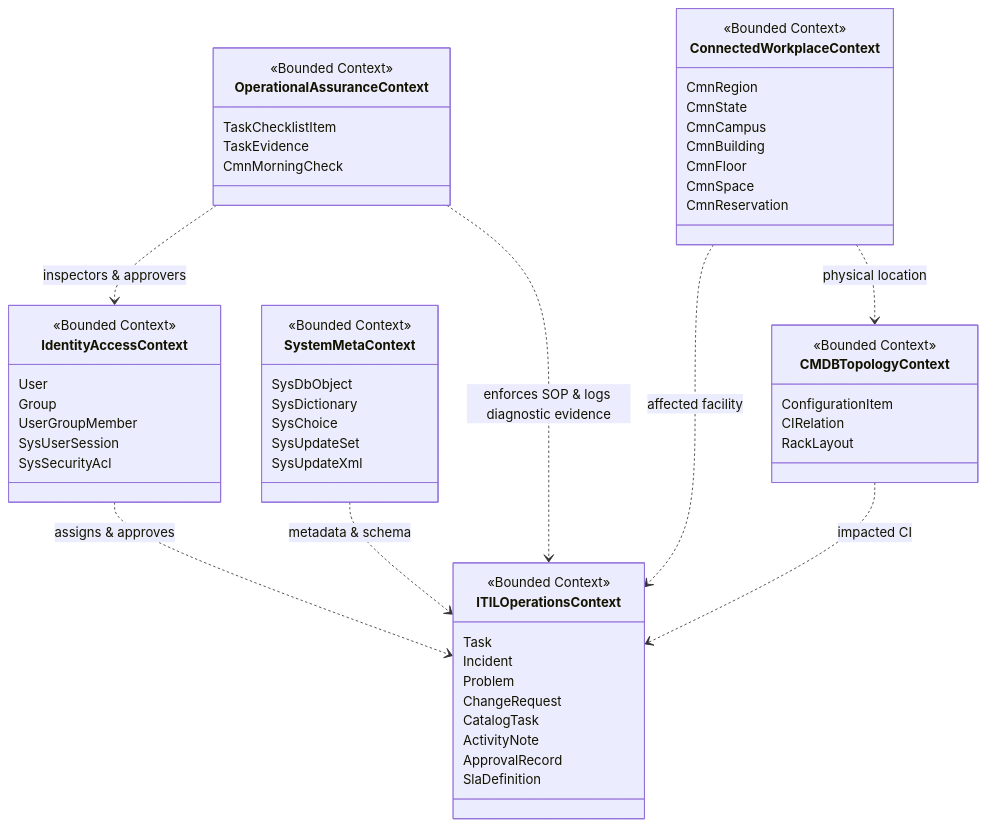
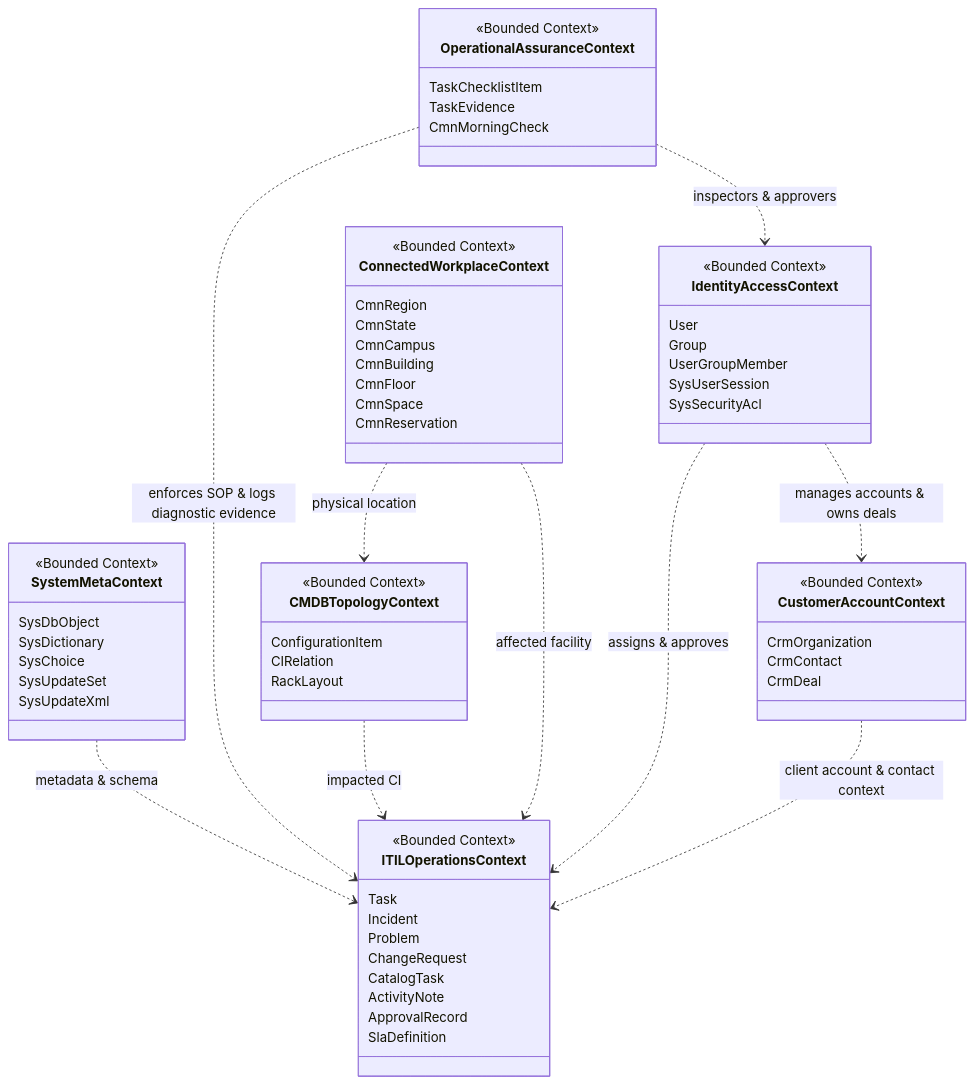
The second of 2 diagrams in DOKUMENTASI.md (oleh11/servicemeow), drawn with Mermaid before and after one commit. The commit also changed other lines of this file and 19 other files, not shown here.

Commit message:
feat: implement CRM customer 360, AI smart response drafting, load-balancing assignment, and change risk scoring

````diff
--- a/DOKUMENTASI.md
+++ b/DOKUMENTASI.md
@@ -48,61 +50,70 @@
 ```mermaid
 classDiagram
     class SystemMetaContext {
         <<Bounded Context>>
         SysDbObject
         SysDictionary
         SysChoice
         SysUpdateSet
         SysUpdateXml
     }
     class IdentityAccessContext {
         <<Bounded Context>>
         User
         Group
         UserGroupMember
         SysUserSession
         SysSecurityAcl
     }
     class ITILOperationsContext {
         <<Bounded Context>>
         Task
         Incident
         Problem
         ChangeRequest
         CatalogTask
         ActivityNote
         ApprovalRecord
         SlaDefinition
     }
     class ConnectedWorkplaceContext {
         <<Bounded Context>>
         CmnRegion
         CmnState
         CmnCampus
         CmnBuilding
         CmnFloor
         CmnSpace
         CmnReservation
     }
     class CMDBTopologyContext {
         <<Bounded Context>>
         ConfigurationItem
         CIRelation
         RackLayout
     }
 
     class OperationalAssuranceContext {
         <<Bounded Context>>
         TaskChecklistItem
         TaskEvidence
         CmnMorningCheck
     }
 
+    class CustomerAccountContext {
+        <<Bounded Context>>
+        CrmOrganization
+        CrmContact
+        CrmDeal
+    }
+
     IdentityAccessContext ..> ITILOperationsContext : assigns & approves
+    IdentityAccessContext ..> CustomerAccountContext : manages accounts & owns deals
     SystemMetaContext ..> ITILOperationsContext : metadata & schema
     OperationalAssuranceContext ..> ITILOperationsContext : enforces SOP & logs diagnostic evidence
     OperationalAssuranceContext ..> IdentityAccessContext : inspectors & approvers
+    CustomerAccountContext ..> ITILOperationsContext : client account & contact context
     ConnectedWorkplaceContext ..> CMDBTopologyContext : physical location
     ConnectedWorkplaceContext ..> ITILOperationsContext : affected facility
     CMDBTopologyContext ..> ITILOperationsContext : impacted CI
 ```
````
